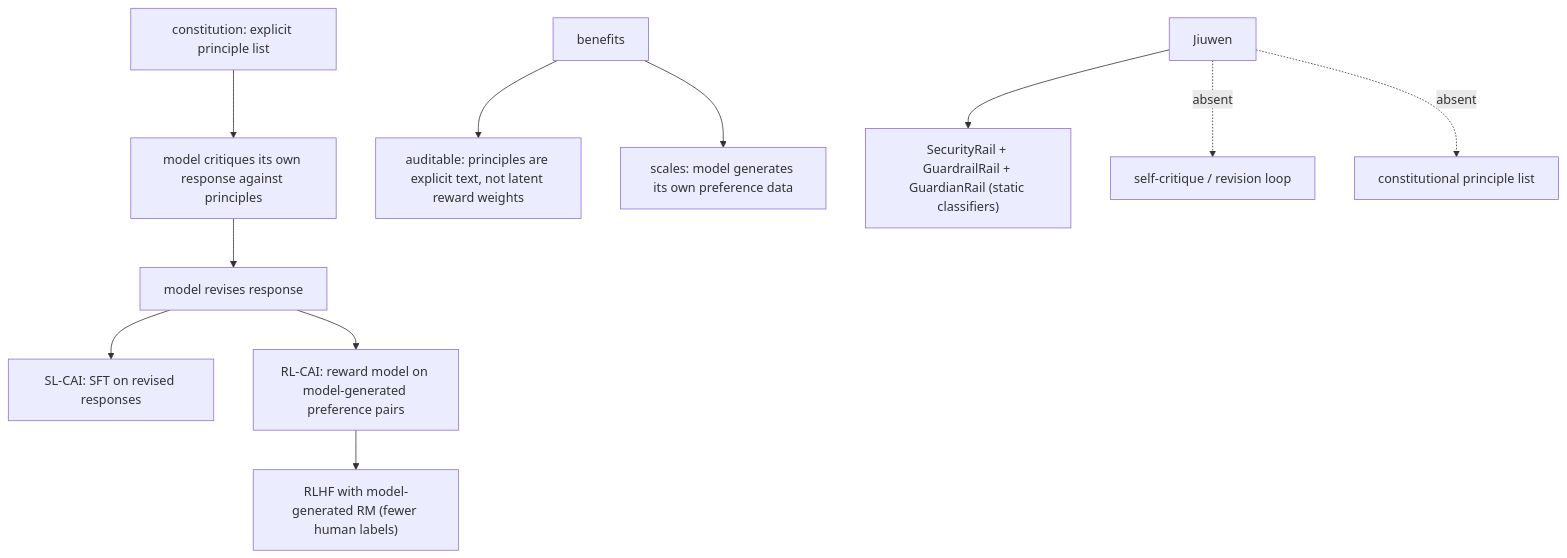
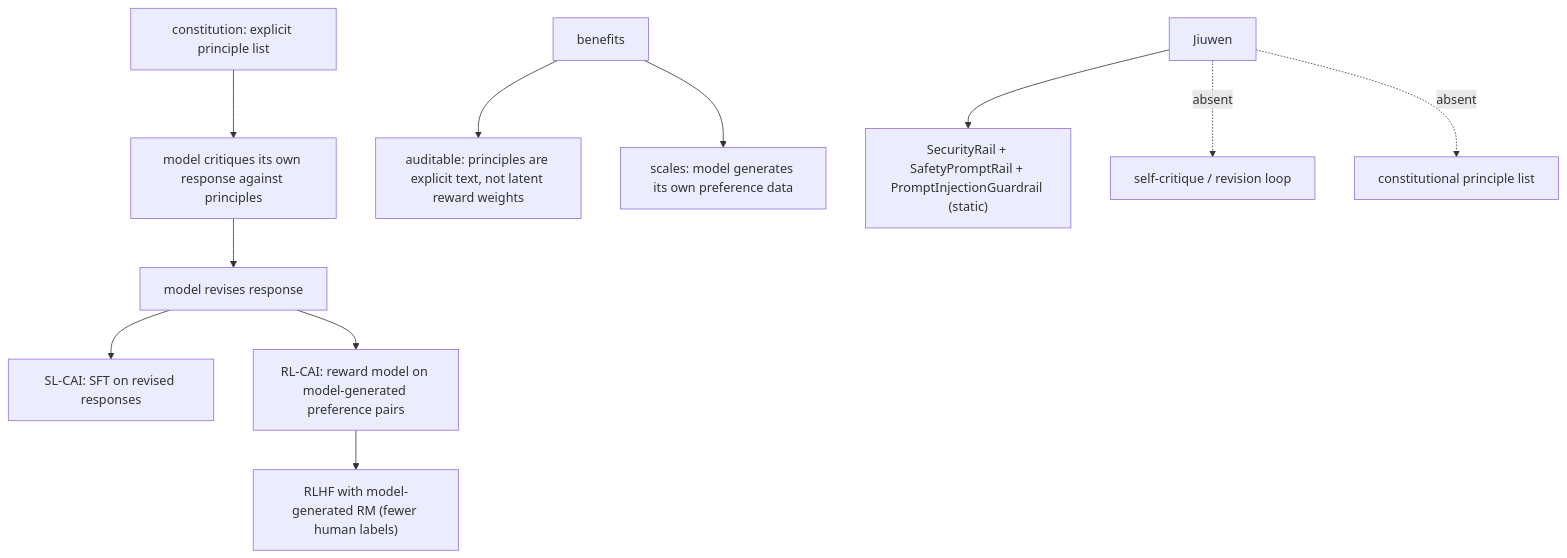
Diagram 12 of 12 in content/topics/18-security-and-safety.md (michaelatamuk/openjiuwen-knowledge), drawn with Mermaid before and after one commit. The commit also changed other lines of this file and 47 other files, not shown here.

Commit message:
content: correct stale Jiuwen references (tools, memory, tracing, routing, safety) to real code

````diff
--- a/content/topics/18-security-and-safety.md
+++ b/content/topics/18-security-and-safety.md
@@ -314,13 +314,13 @@
 ```mermaid
 flowchart TD
     CONST["constitution: explicit principle list"] --> CRITIQUE["model critiques its own response against principles"]
     CRITIQUE --> REVISE["model revises response"]
     REVISE --> SFT_C["SL-CAI: SFT on revised responses"]
     REVISE --> RM_C["RL-CAI: reward model on model-generated preference pairs"]
     RM_C --> RLHF_C["RLHF with model-generated RM (fewer human labels)"]
     BENEFIT["benefits"] --> AUD["auditable: principles are explicit text, not latent reward weights"]
     BENEFIT --> SCALE["scales: model generates its own preference data"]
-    JIW["Jiuwen"] --> STATIC["SecurityRail + GuardrailRail + GuardianRail (static classifiers)"]
+    JIW["Jiuwen"] --> STATIC["SecurityRail + SafetyPromptRail + PromptInjectionGuardrail (static)"]
     JIW -.->|"absent"| SELF["self-critique / revision loop"]
     JIW -.->|"absent"| CONSTLIST["constitutional principle list"]
 ```
````
